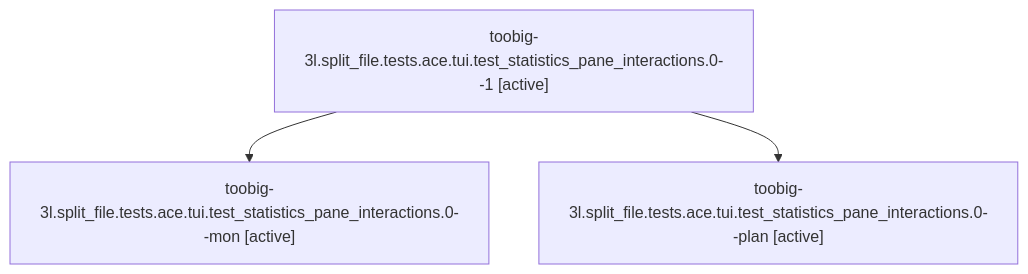
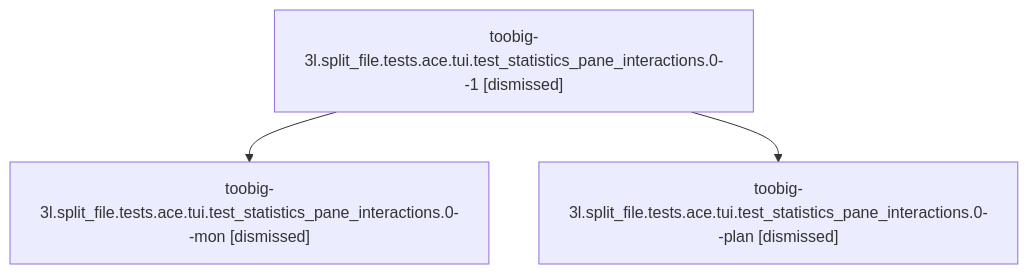
One commit to sase-org/sase--agents changed the diagram in sessions/bbugyi200.athena.toobig-3l.split_file.tests.ace.tui.test_statistics_pane_interactions.0.md. Above: the diagram before and after it, drawn with Mermaid. The commit also changed other lines of this file and 138 other files, not shown here.

````diff
--- a/sessions/bbugyi200.athena.toobig-3l.split_file.tests.ace.tui.test_statistics_pane_interactions.0.md
+++ b/sessions/bbugyi200.athena.toobig-3l.split_file.tests.ace.tui.test_statistics_pane_interactions.0.md
@@ -9,8 +9,8 @@
 ```mermaid
 flowchart TD
-  n0["toobig-3l.split_file.tests.ace.tui.test_statistics_pane_interactions.0--1 [active]"]
-  n1["toobig-3l.split_file.tests.ace.tui.test_statistics_pane_interactions.0--mon [active]"]
+  n0["toobig-3l.split_file.tests.ace.tui.test_statistics_pane_interactions.0--1 [dismissed]"]
+  n1["toobig-3l.split_file.tests.ace.tui.test_statistics_pane_interactions.0--mon [dismissed]"]
   n0 --> n1
-  n2["toobig-3l.split_file.tests.ace.tui.test_statistics_pane_interactions.0--plan [active]"]
+  n2["toobig-3l.split_file.tests.ace.tui.test_statistics_pane_interactions.0--plan [dismissed]"]
   n0 --> n2
 ```
````
